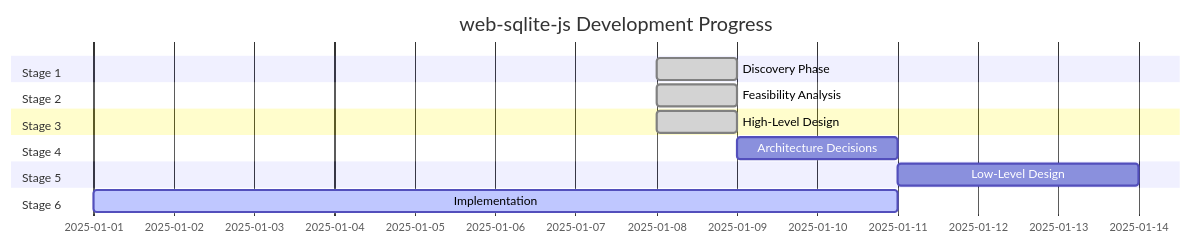
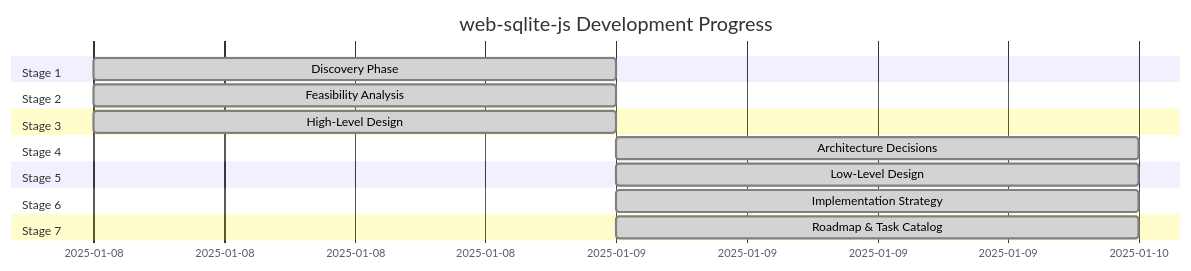
Before and after one commit to wuchuheng/web-sqlite-v2: the diagram in docs/00-control/01-status.md, drawn with Mermaid. The commit also changed other lines of this file and 10 other files, not shown here.

First line of the commit message:
docs(stage6-7): add implementation strategy and roadmap documentation

````diff
--- a/docs/00-control/01-status.md
+++ b/docs/00-control/01-status.md
@@ -11,17 +11,19 @@
 ```mermaid
 gantt
     title web-sqlite-js Development Progress
     dateFormat  YYYY-MM-DD
     section Stage 1
     Discovery Phase           :done,    des1, 2025-01-08, 1d
     section Stage 2
     Feasibility Analysis      :done,    des2, 2025-01-08, 1d
     section Stage 3
     High-Level Design         :done,    des3, 2025-01-08, 1d
     section Stage 4
-    Architecture Decisions    :         des4, after des3, 2d
+    Architecture Decisions    :done,    des4, 2025-01-09, 1d
     section Stage 5
-    Low-Level Design          :         des5, after des4, 3d
+    Low-Level Design          :done,    des5, 2025-01-09, 1d
     section Stage 6
-    Implementation            :active,  des6, 2025-01-01, 10d
+    Implementation Strategy   :done,    des6, 2025-01-09, 1d
+    section Stage 7
+    Roadmap & Task Catalog    :done,    des7, 2025-01-09, 1d
 ```
````
